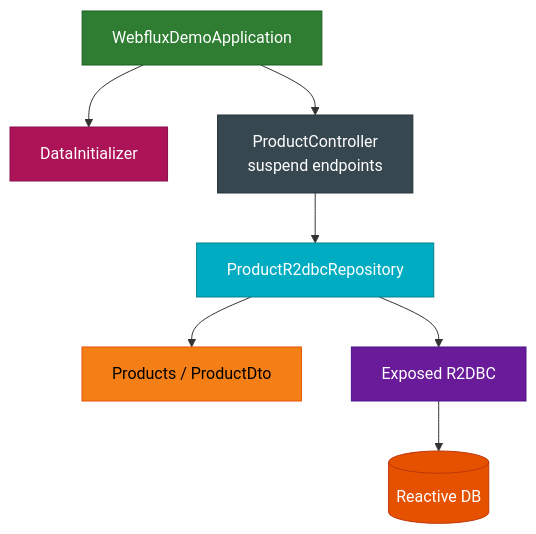
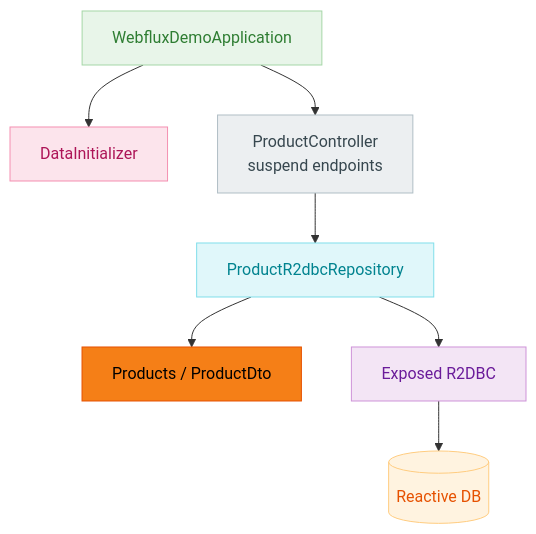
Before and after one commit to bluetape4k/bluetape4k-projects: the second of 2 diagrams in spring-boot4/exposed-r2dbc-demo/README.ko.md, drawn with Mermaid. The commit also changed other lines of this file and 219 other files, not shown here.

First line of the commit message:
docs: 전체 README Mermaid 다이어그램 가이드 적용

````diff
--- a/spring-boot4/exposed-r2dbc-demo/README.ko.md
+++ b/spring-boot4/exposed-r2dbc-demo/README.ko.md
@@ -71,33 +71,33 @@
 ```mermaid
 flowchart TD
     App["WebfluxDemoApplication"]
     Init["DataInitializer"]
     Controller["ProductController<br/>suspend endpoints"]
     Repo["ProductR2dbcRepository"]
     Table["Products / ProductDto"]
     R2DBC["Exposed R2DBC"]
     DB[("Reactive DB")]
 
     App --> Init
     App --> Controller
     Controller --> Repo
     Repo --> Table
     Repo --> R2DBC
     R2DBC --> DB
 
-    classDef appStyle fill:#2E7D32,stroke:#1B5E20,color:#FFFFFF
-    classDef initStyle fill:#AD1457,stroke:#880E4F,color:#FFFFFF
-    classDef controllerStyle fill:#37474F,stroke:#263238,color:#FFFFFF
-    classDef repoStyle fill:#00ACC1,stroke:#00838F,color:#FFFFFF
+    classDef appStyle fill:#E8F5E9,stroke:#A5D6A7,color:#2E7D32
+    classDef initStyle fill:#FCE4EC,stroke:#F48FB1,color:#AD1457
+    classDef controllerStyle fill:#ECEFF1,stroke:#B0BEC5,color:#37474F
+    classDef repoStyle fill:#E0F7FA,stroke:#80DEEA,color:#00838F
     classDef tableStyle fill:#F57F17,stroke:#E65100,color:#000000
-    classDef r2dbcStyle fill:#6A1B9A,stroke:#4A148C,color:#FFFFFF
-    classDef dbStyle fill:#E65100,stroke:#BF360C,color:#FFFFFF
+    classDef r2dbcStyle fill:#F3E5F5,stroke:#CE93D8,color:#6A1B9A
+    classDef dbStyle fill:#FFF3E0,stroke:#FFCC80,color:#E65100
 
     class App appStyle
     class Init initStyle
     class Controller controllerStyle
     class Repo repoStyle
     class Table tableStyle
     class R2DBC r2dbcStyle
     class DB dbStyle
 ```
````
